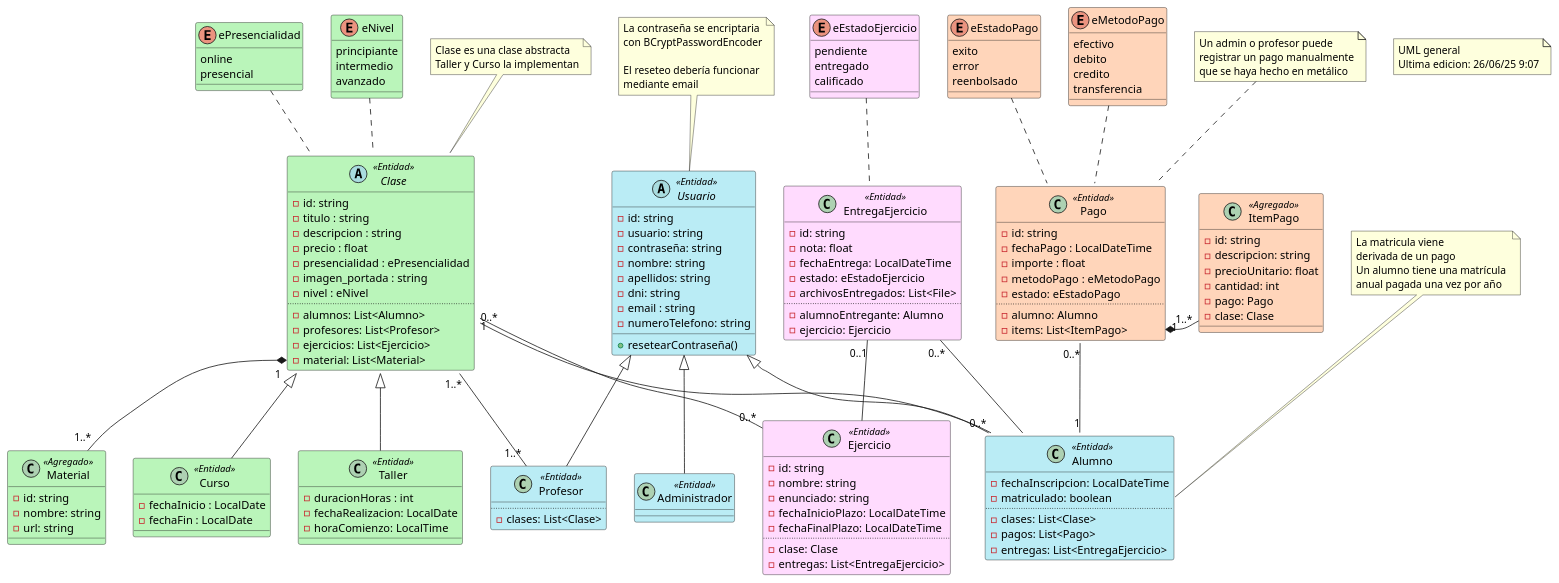
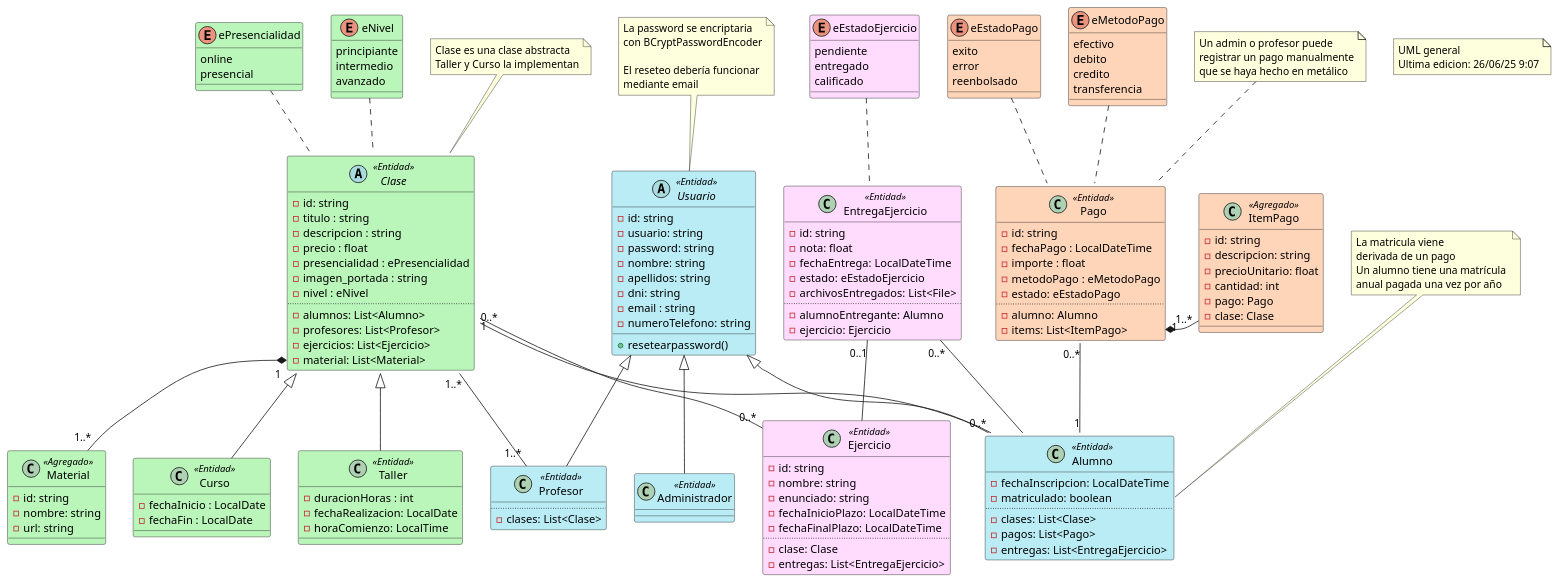
The diagram in backend/app/docs/uml-general.puml (JavierDibo/tfg), drawn with PlantUML before and after one commit. The commit also changed 14 other files, not shown here.

Commit message:
Changed contraseña parameter to password

```diff
--- a/backend/app/docs/uml-general.puml
+++ b/backend/app/docs/uml-general.puml
@@ -40,13 +40,13 @@
 abstract class Usuario <<Entidad>> #baecf5 {
   - id: string
   - usuario: string
-  - contraseña: string 
+  - password: string 
   - nombre: string
   - apellidos: string
   - dni: string
   - email : string
   - numeroTelefono: string
-  + resetearContraseña()
+  + resetearpassword()
 }
 
 class Profesor <<Entidad>> #baecf5 extends Usuario  {
@@ -149,7 +149,7 @@
 end note
 
 note as NotaUsuario
-La contraseña se encriptaria
+La password se encriptaria
 con BCryptPasswordEncoder
 
 El reseteo debería funcionar
```
